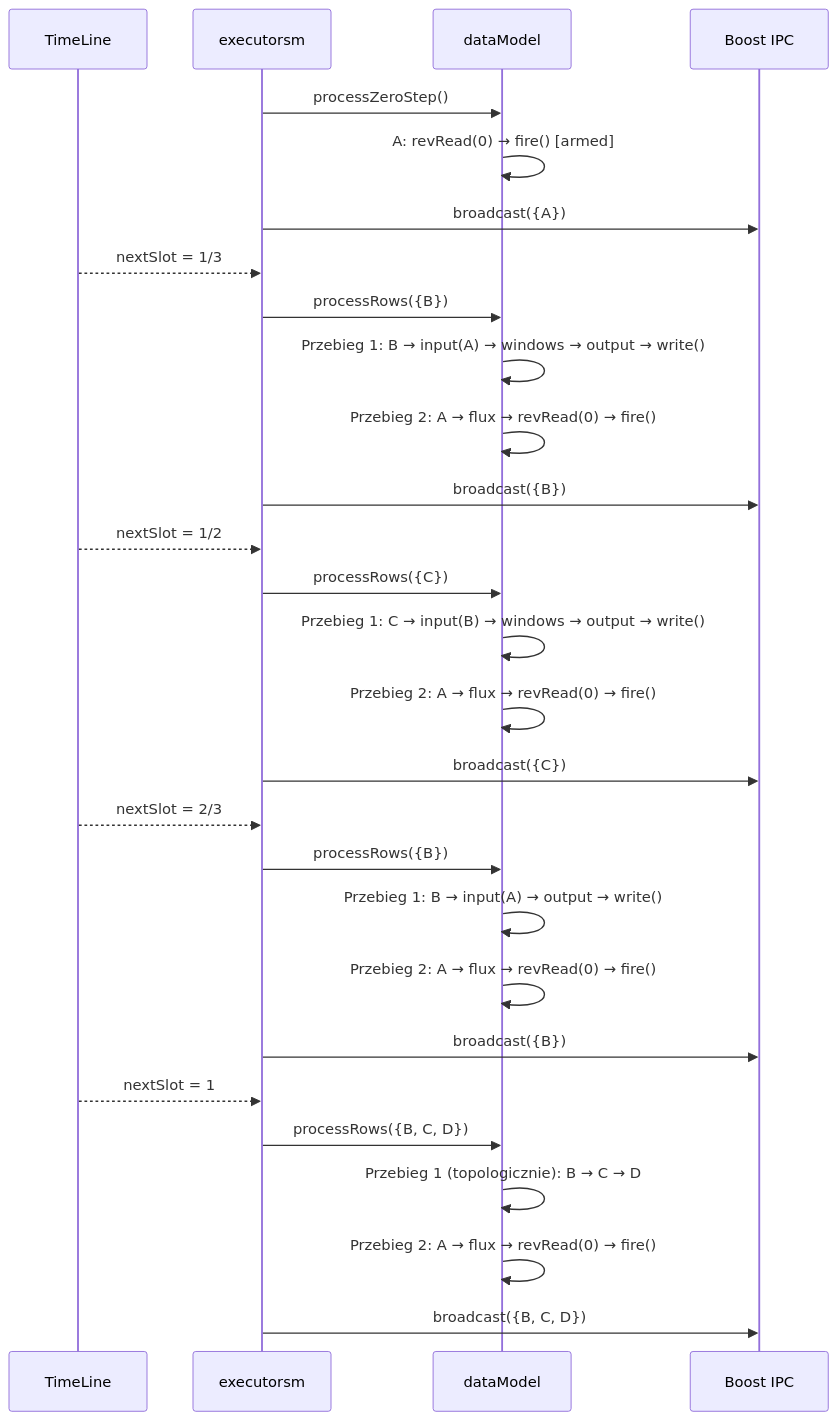
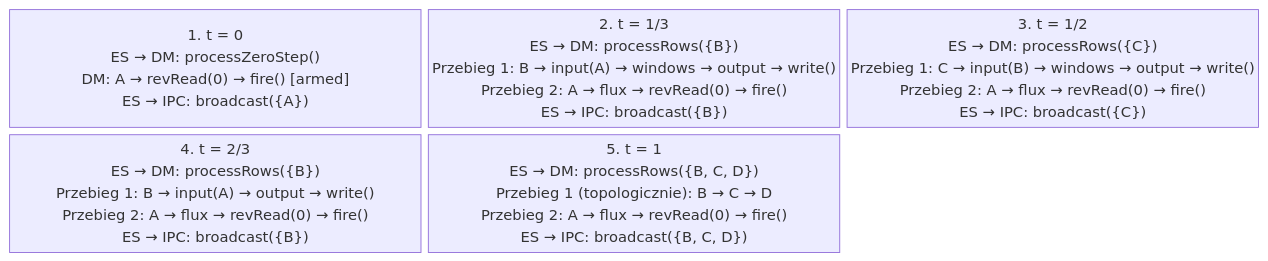
One commit to michalwidera/dokumentacja-rdb changed the sixth of 6 diagrams in realizacja-zapytan/algorytm-przegladu-drzewa-zapytan.md. Above: the diagram before and after it, drawn with Mermaid. The commit also changed other lines of this file and 11 other files, not shown here.

````diff
--- a/realizacja-zapytan/algorytm-przegladu-drzewa-zapytan.md
+++ b/realizacja-zapytan/algorytm-przegladu-drzewa-zapytan.md
@@ -195,35 +196,13 @@
 ```mermaid
-sequenceDiagram
-    participant TL as TimeLine
-    participant ES as executorsm
-    participant DM as dataModel
-    participant IPC as Boost IPC
-
-    ES->>DM: processZeroStep()
-    DM->>DM: A: revRead(0) → fire() [armed]
-    ES->>IPC: broadcast({A})
-
-    TL-->>ES: nextSlot = 1/3
-    ES->>DM: processRows({B})
-    DM->>DM: Przebieg 1: B → input(A) → windows → output → write()
-    DM->>DM: Przebieg 2: A → flux → revRead(0) → fire()
-    ES->>IPC: broadcast({B})
-
-    TL-->>ES: nextSlot = 1/2
-    ES->>DM: processRows({C})
-    DM->>DM: Przebieg 1: C → input(B) → windows → output → write()
-    DM->>DM: Przebieg 2: A → flux → revRead(0) → fire()
-    ES->>IPC: broadcast({C})
-
-    TL-->>ES: nextSlot = 2/3
-    ES->>DM: processRows({B})
-    DM->>DM: Przebieg 1: B → input(A) → output → write()
-    DM->>DM: Przebieg 2: A → flux → revRead(0) → fire()
-    ES->>IPC: broadcast({B})
-
-    TL-->>ES: nextSlot = 1
-    ES->>DM: processRows({B, C, D})
-    DM->>DM: Przebieg 1 (topologicznie): B → C → D
-    DM->>DM: Przebieg 2: A → flux → revRead(0) → fire()
-    ES->>IPC: broadcast({B, C, D})
+%% pdf-width: 85%
+%% pdf-height: 45%
+%%{init: {"markdownAutoWrap": false}}%%
+block-beta
+    columns 3
+    Z["1. t = 0<br/>ES → DM: processZeroStep()<br/>DM: A → revRead(0) → fire() [armed]<br/>ES → IPC: broadcast({A})"]
+    T13["2. t = 1/3<br/>ES → DM: processRows({B})<br/>Przebieg 1: B → input(A) → windows → output → write()<br/>Przebieg 2: A → flux → revRead(0) → fire()<br/>ES → IPC: broadcast({B})"]
+    T12["3. t = 1/2<br/>ES → DM: processRows({C})<br/>Przebieg 1: C → input(B) → windows → output → write()<br/>Przebieg 2: A → flux → revRead(0) → fire()<br/>ES → IPC: broadcast({C})"]
+    T23["4. t = 2/3<br/>ES → DM: processRows({B})<br/>Przebieg 1: B → input(A) → output → write()<br/>Przebieg 2: A → flux → revRead(0) → fire()<br/>ES → IPC: broadcast({B})"]
+    T1["5. t = 1<br/>ES → DM: processRows({B, C, D})<br/>Przebieg 1 (topologicznie): B → C → D<br/>Przebieg 2: A → flux → revRead(0) → fire()<br/>ES → IPC: broadcast({B, C, D})"]
+    space:1
 ```
````
